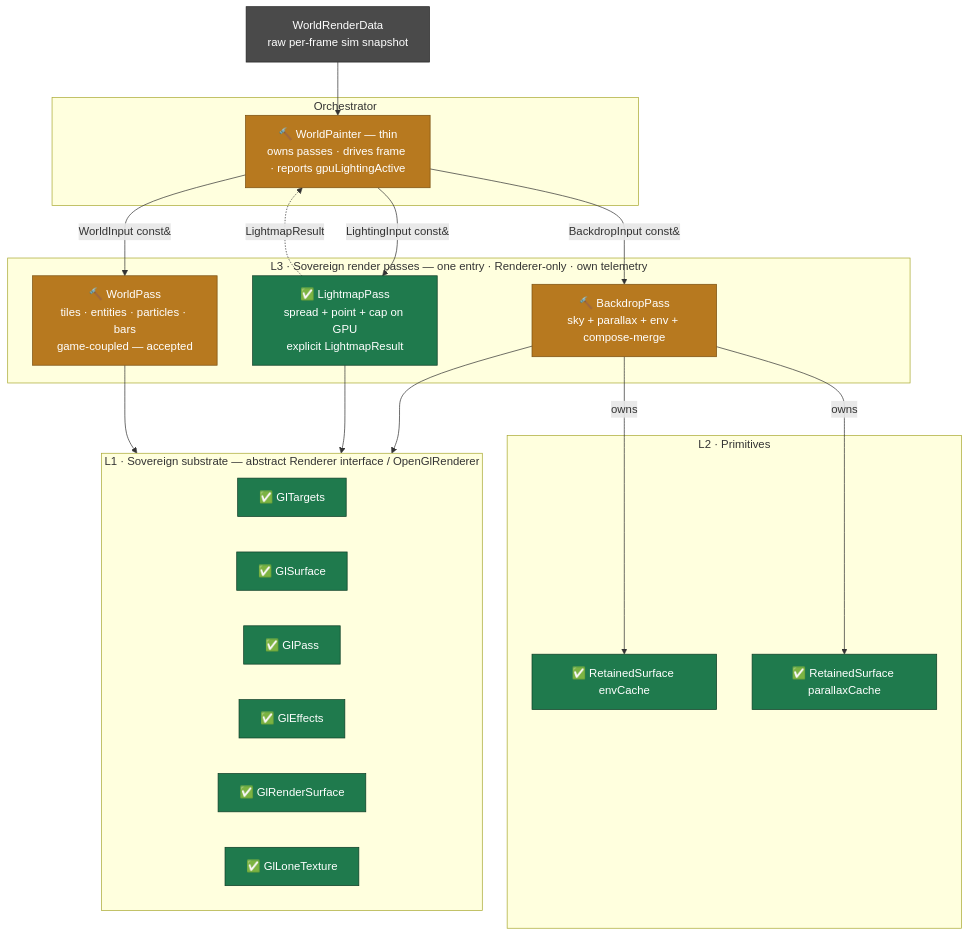
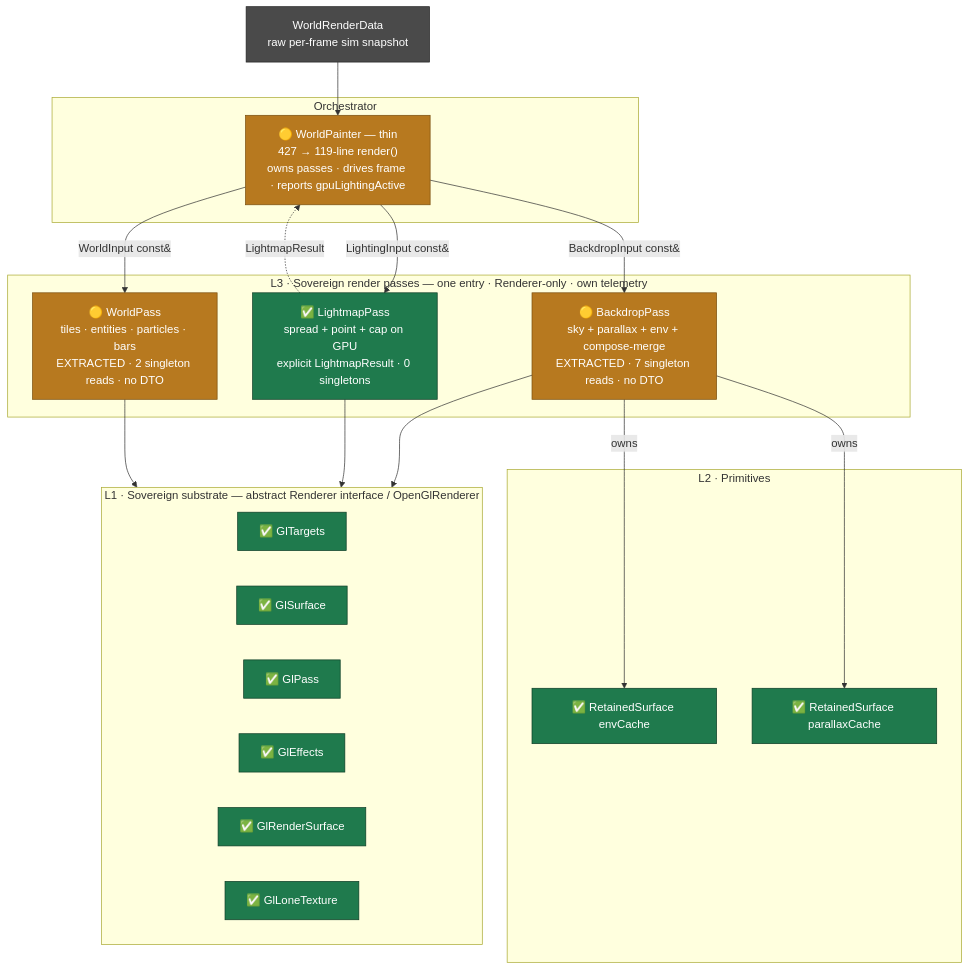
One commit to apnex/OpenStarbound changed the first of 2 diagrams in docs/render/architecture-3-target-state.md. Above: the diagram before and after it, drawn with Mermaid. The commit also changed other lines of this file and 2 other files, not shown here.

First line of the commit message:
docs(render): the decomposition rail is DONE; the Air-Gap contract is not [board audit]

````diff
--- a/docs/render/architecture-3-target-state.md
+++ b/docs/render/architecture-3-target-state.md
@@ -13,46 +25,47 @@
 ```mermaid
 flowchart TB
   classDef done fill:#1f7a4d,color:#ffffff,stroke:#0d3d26,stroke-width:1px
-  classDef pending fill:#b7791f,color:#ffffff,stroke:#7a4f10,stroke-width:1px
+  classDef partial fill:#b7791f,color:#ffffff,stroke:#7a4f10,stroke-width:1px
+  classDef pending fill:#8a3d3d,color:#ffffff,stroke:#4a1f1f,stroke-width:1px
   classDef input fill:#4a4a4a,color:#ffffff,stroke:#222222,stroke-width:1px
 
   WRD["WorldRenderData<br/>raw per-frame sim snapshot"]:::input
 
   subgraph ORCH["Orchestrator"]
-    WP["🔨 WorldPainter — thin<br/>owns passes · drives frame · reports gpuLightingActive"]:::pending
+    WP["🟡 WorldPainter — thin<br/>427 → 119-line render()<br/>owns passes · drives frame · reports gpuLightingActive"]:::partial
   end
 
   subgraph PASSES["L3 · Sovereign render passes — one entry · Renderer-only · own telemetry"]
-    BP["🔨 BackdropPass<br/>sky + parallax + env + compose-merge"]:::pending
-    LP["✅ LightmapPass<br/>spread + point + cap on GPU<br/>explicit LightmapResult"]:::done
-    WPS["🔨 WorldPass<br/>tiles · entities · particles · bars<br/>game-coupled — accepted"]:::pending
+    BP["🟡 BackdropPass<br/>sky + parallax + env + compose-merge<br/>EXTRACTED · 7 singleton reads · no DTO"]:::partial
+    LP["✅ LightmapPass<br/>spread + point + cap on GPU<br/>explicit LightmapResult · 0 singletons"]:::done
+    WPS["🟡 WorldPass<br/>tiles · entities · particles · bars<br/>EXTRACTED · 2 singleton reads · no DTO"]:::partial
   end
 
   subgraph PRIM["L2 · Primitives"]
     RSE["✅ RetainedSurface envCache"]:::done
     RSP["✅ RetainedSurface parallaxCache"]:::done
   end
 
   subgraph SUB["L1 · Sovereign substrate — abstract Renderer interface / OpenGlRenderer"]
     direction LR
     GLT["✅ GlTargets"]:::done
     GLF["✅ GlSurface"]:::done
     GLP["✅ GlPass"]:::done
     GLE["✅ GlEffects"]:::done
     GLS["✅ GlRenderSurface"]:::done
     GLL["✅ GlLoneTexture"]:::done
   end
 
   WRD --> WP
   WP -->|BackdropInput const&| BP
   WP -->|LightingInput const&| LP
   WP -->|WorldInput const&| WPS
   LP -.->|LightmapResult| WP
 
   BP -->|owns| RSE
   BP -->|owns| RSP
 
   BP --> SUB
   LP --> SUB
   WPS --> SUB
 ```
````
